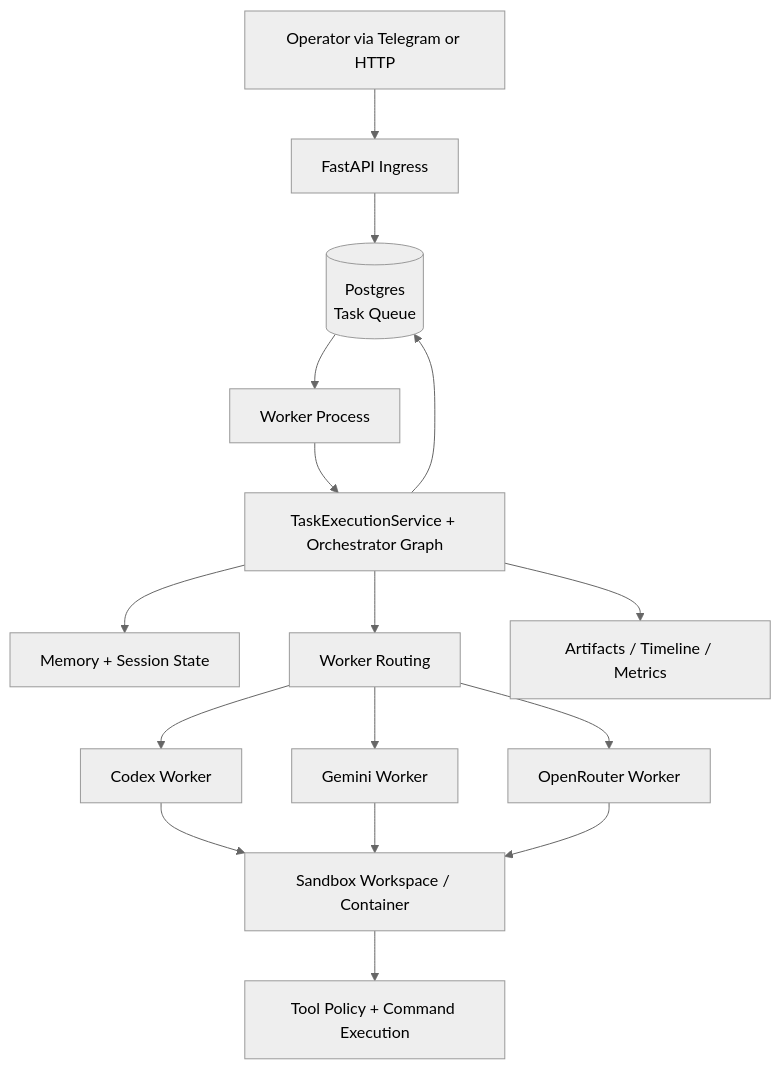
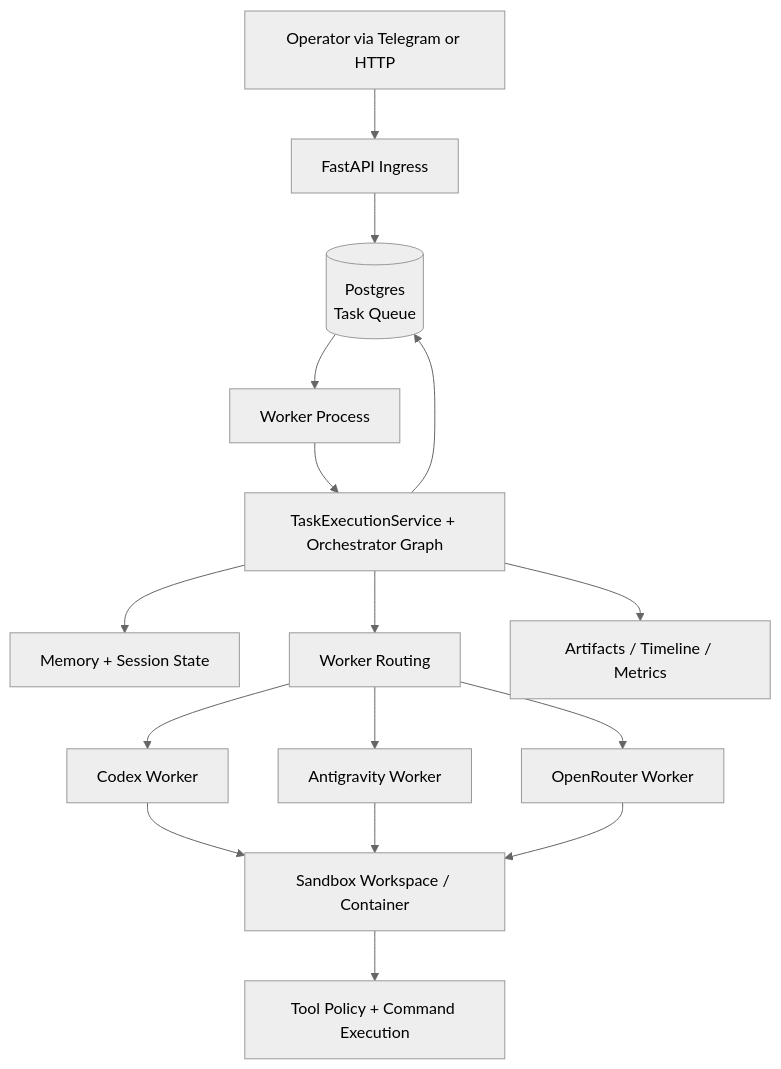
The diagram in docs/architecture.md (natanayalo/code-agent), drawn with Mermaid (neutral theme) before and after one commit. The commit also changed 11 other files, not shown here.

Commit message:
fix: reject retired gemini worker inputs

````diff
--- a/docs/architecture.md
+++ b/docs/architecture.md
@@ -175,22 +175,22 @@
 ```mermaid
 flowchart TD
     U[Operator via Telegram or HTTP] --> API[FastAPI Ingress]
     API --> DB[(Postgres<br/>Task Queue)]
 
     DB --> W[Worker Process]
     W --> ORCH[TaskExecutionService + Orchestrator Graph]
     ORCH --> MEM[Memory + Session State]
     ORCH --> ROUTE[Worker Routing]
 
     ROUTE --> CW[Codex Worker]
-    ROUTE --> GW[Gemini Worker]
+    ROUTE --> GW[Antigravity Worker]
     ROUTE --> OW[OpenRouter Worker]
 
     CW --> SB[Sandbox Workspace / Container]
     GW --> SB
     OW --> SB
 
     SB --> TOOLS[Tool Policy + Command Execution]
     ORCH --> ART[Artifacts / Timeline / Metrics]
     ORCH --> DB
 ```
````
